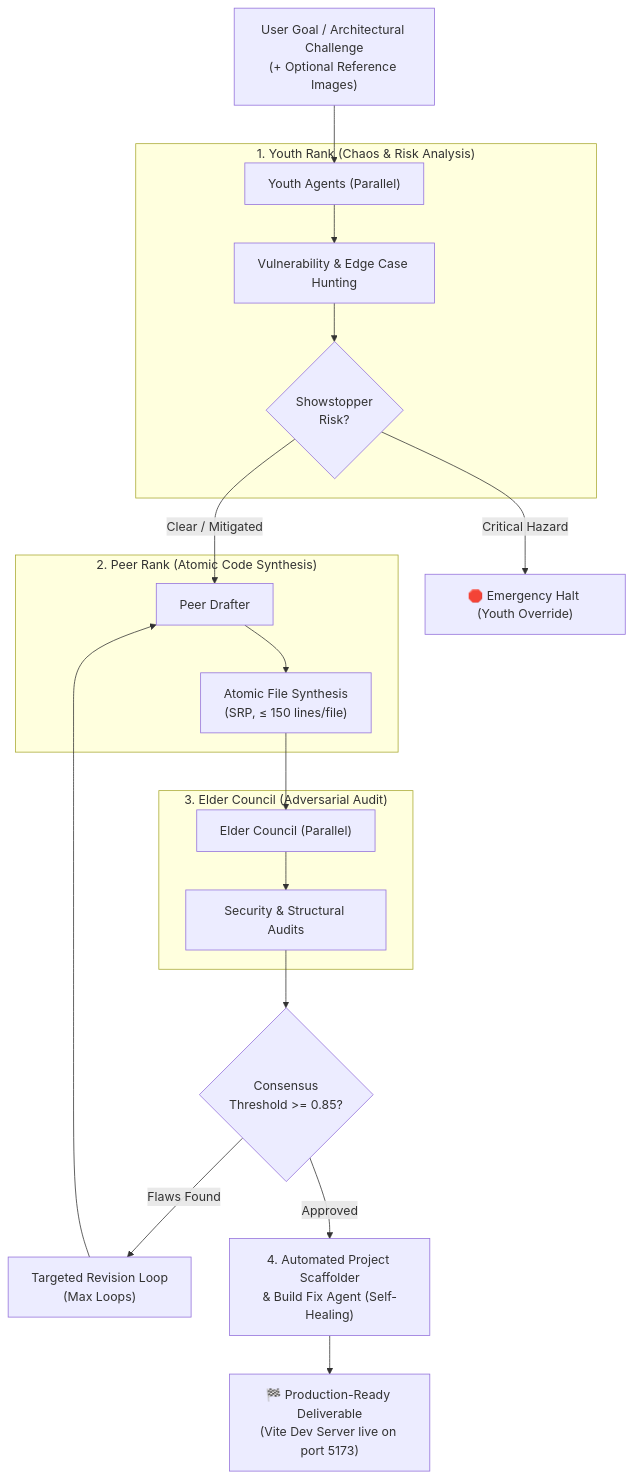
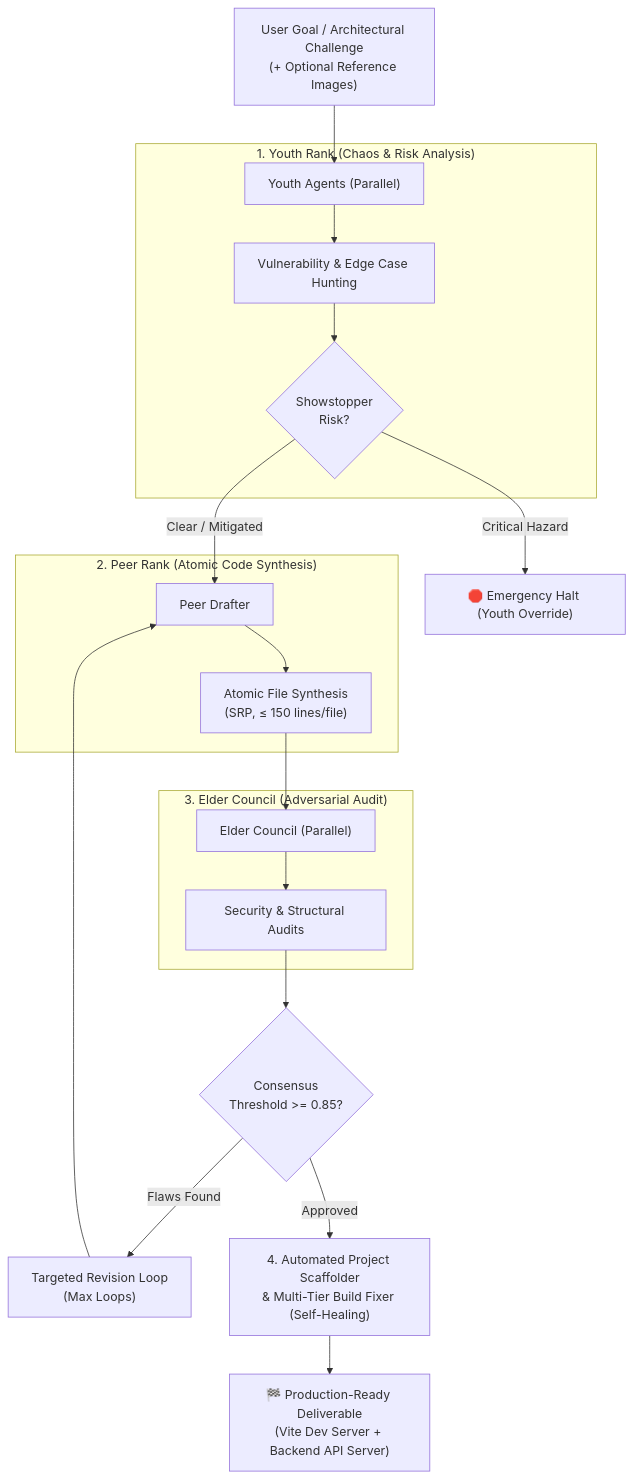
Before and after one commit to JUANITOTELO/aztec-cirlce-llm: the diagram in README.md, drawn with Mermaid. The commit also changed other lines of this file, not shown here.

Commit message:
docs: update README with hybrid fullstack, multi-tier test runner, SSE streaming, and port management docs

````diff
--- a/README.md
+++ b/README.md
@@ -49,30 +50,30 @@
 ```mermaid
 flowchart TD
     GOAL["User Goal / Architectural Challenge\n(+ Optional Reference Images)"] --> YOUTH
     
     subgraph YOUTH_RANK["1. Youth Rank (Chaos & Risk Analysis)"]
         YOUTH["Youth Agents (Parallel)"] --> ANOMALY["Vulnerability & Edge Case Hunting"]
         ANOMALY --> GATE{"Showstopper\nRisk?"}
     end
     
     GATE -- "Critical Hazard" --> HALT["🛑 Emergency Halt (Youth Override)"]
     GATE -- "Clear / Mitigated" --> PEER
     
     subgraph PEER_RANK["2. Peer Rank (Atomic Code Synthesis)"]
         PEER["Peer Drafter"] --> ATOMIC["Atomic File Synthesis\n(SRP, ≤ 150 lines/file)"]
     end
     
     ATOMIC --> ELDERS
     
     subgraph ELDER_RANK["3. Elder Council (Adversarial Audit)"]
         ELDERS["Elder Council (Parallel)"] --> AUDIT["Security & Structural Audits"]
     end
     
     AUDIT --> CONSENSUS{"Consensus\nThreshold >= 0.85?"}
     
     CONSENSUS -- "Flaws Found" --> REVISE["Targeted Revision Loop\n(Max Loops)"]
     REVISE --> PEER
     
-    CONSENSUS -- "Approved" --> SCAFFOLD["4. Automated Project Scaffolder\n& Build Fix Agent (Self-Healing)"]
-    SCAFFOLD --> DELIVERABLE["🏁 Production-Ready Deliverable\n(Vite Dev Server live on port 5173)"]
+    CONSENSUS -- "Approved" --> SCAFFOLD["4. Automated Project Scaffolder\n& Multi-Tier Build Fixer (Self-Healing)"]
+    SCAFFOLD --> DELIVERABLE["🏁 Production-Ready Deliverable\n(Vite Dev Server + Backend API Server)"]
 ```
````
